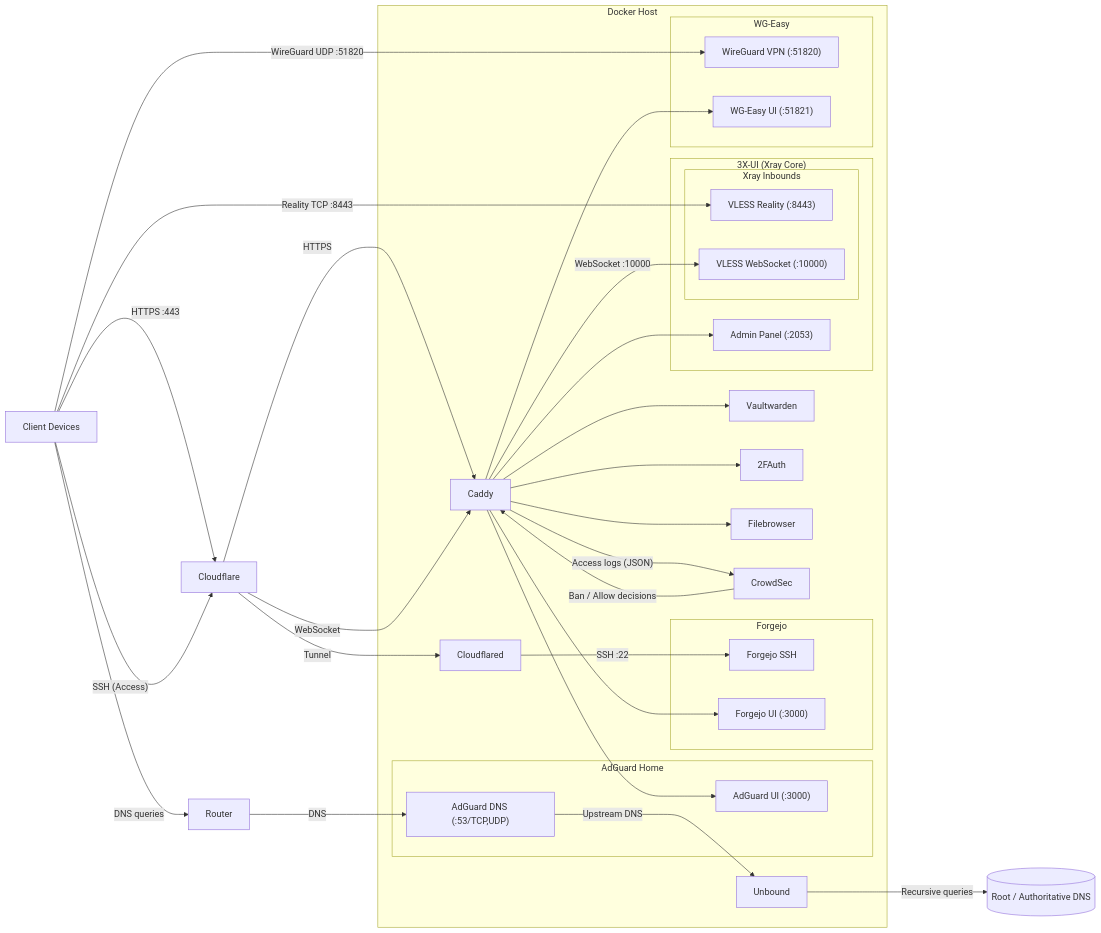
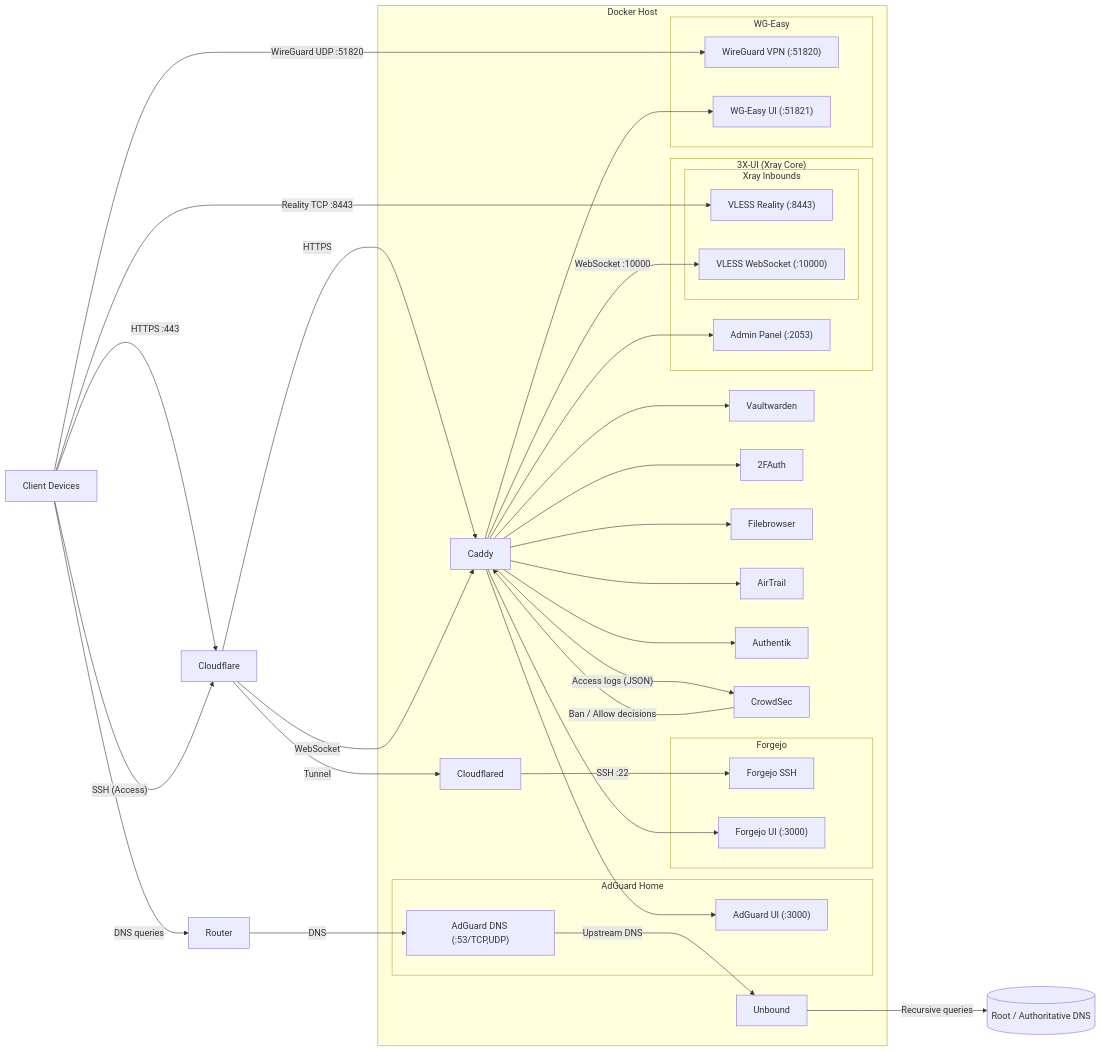
The diagram in README.md (AndrewTrieu/selfhosted), drawn with Mermaid before and after one commit. The commit also changed other lines of this file and 5 other files, not shown here.

````diff
--- a/README.md
+++ b/README.md
@@ -87,75 +89,79 @@
 ```mermaid
 flowchart LR
     Client["Client Devices"]
 
     %% DNS flow
     Client -->|"DNS queries"| Router
     Router -->|"DNS"| AdGuardDNS
     AdGuardDNS -->|"Upstream DNS"| Unbound
     Unbound -->|"Recursive queries"| InternetDNS[(Root / Authoritative DNS)]
 
     %% Entry points
     Client -->|"HTTPS :443"| Cloudflare
     Client -->|Reality TCP :8443| XrayReality
     Client -->|WireGuard UDP :51820| WireGuardVPN
     Client -->|"SSH (Access)"| Cloudflare
 
     %% Web & CDN flow
     Cloudflare -->|"HTTPS"| Caddy
     Cloudflare -->|"Tunnel"| Cloudflared
 
     %% SSH tunnel
     Cloudflared -->|"SSH :22"| ForgejoSSH
 
     %% Reverse proxy targets
     Caddy --> Vaultwarden
     Caddy --> TwoFAuth["2FAuth"]
     Caddy --> Filebrowser
+    Caddy --> AirTrail
+    Caddy --> Authentik
     Caddy --> ForgejoUI["Forgejo UI"]
     Caddy --> AdGuardUI["AdGuard UI"]
     Caddy --> WGEasyUI["WG-Easy UI"]
     Caddy --> XUIAdmin["3X-UI Admin Panel"]
 
     %% CrowdSec integration
     Caddy -->|"Access logs (JSON)"| CrowdSec
     CrowdSec -->|"Ban / Allow decisions"| Caddy
 
     %% VLESS over CDN (WebSocket only)
     Cloudflare -->|"WebSocket"| Caddy
     Caddy -->|WebSocket :10000| XrayWS
 
     %% Containers
     subgraph DockerHost["Docker Host"]
         Caddy
         Vaultwarden
         TwoFAuth
+        AirTrail
+        Authentik
         Filebrowser
         Unbound
         Cloudflared
         CrowdSec
 
         subgraph AdGuardHome["AdGuard Home"]
             AdGuardDNS["AdGuard DNS (:53/TCP,UDP)"]
             AdGuardUI["AdGuard UI (:3000)"]
         end
 
         subgraph Forgejo["Forgejo"]
             ForgejoSSH["Forgejo SSH"]
             ForgejoUI["Forgejo UI (:3000)"]
         end
 
         subgraph XUI["3X-UI (Xray Core)"]
             XUIAdmin["Admin Panel (:2053)"]
 
             subgraph XrayInbounds["Xray Inbounds"]
                 XrayWS["VLESS WebSocket (:10000)"]
                 XrayReality["VLESS Reality (:8443)"]
             end
         end
 
         subgraph WireGuardStack["WG-Easy"]
             WireGuardVPN["WireGuard VPN (:51820)"]
             WGEasyUI["WG-Easy UI (:51821)"]
         end
     end
 ```
````
